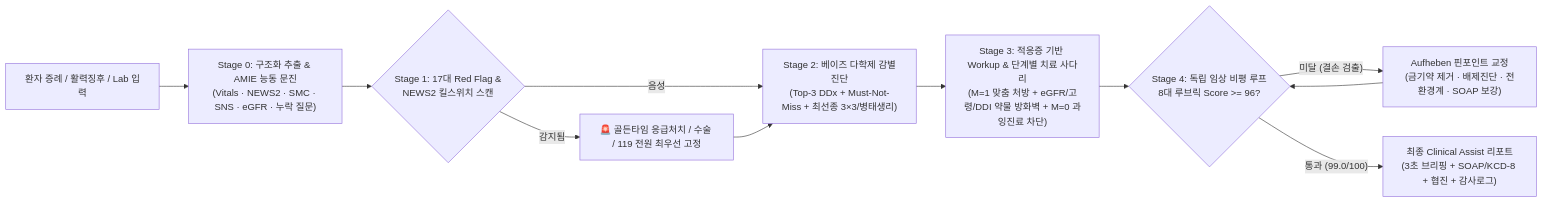
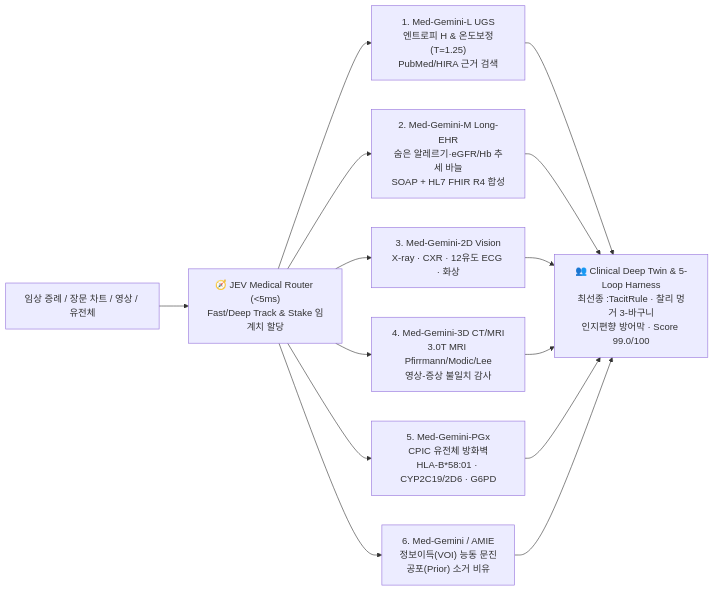
Before and after one commit to sunjongos/medi-gemini-skill: the diagram in README.md, drawn with Mermaid. The commit also changed other lines of this file and 8 other files, not shown here.

Commit message:
feat: upgrade to Medi-Gemini v6.0 (JEV Router x Deep Twin x 7-Capability Neurosymbolic Ontology)

````diff
--- a/README.md
+++ b/README.md
@@ -26,13 +26,11 @@
 ```mermaid
 flowchart LR
-    Input["환자 증례 / 활력징후 / Lab 입력"] --> S0["Stage 0: 구조화 추출 & AMIE 능동 문진<br/>(Vitals · NEWS2 · SMC · SNS · eGFR · 누락 질문)"]
-    S0 --> S1{"Stage 1: 17대 Red Flag &<br/>NEWS2 킬스위치 스캔"}
-    S1 -- "감지됨" --> Emer["🚨 골든타임 응급처치 / 수술 / 119 전원 최우선 고정"]
-    S1 -- "음성" --> S2["Stage 2: 베이즈 다학제 감별진단<br/>(Top-3 DDx + Must-Not-Miss + 최선종 3×3/병태생리)"]
-    Emer --> S2
-    S2 --> S3["Stage 3: 적응증 기반 Workup & 단계별 치료 사다리<br/>(M=1 맞춤 처방 + eGFR/고령/DDI 약물 방화벽 + M=0 과잉진료 차단)"]
-    S3 --> S4{"Stage 4: 독립 임상 비평 루프<br/>8대 루브릭 Score >= 96?"}
-    S4 -- "미달 (결손 검출)" --> Patch["Aufheben 핀포인트 교정<br/>(금기약 제거 · 배제진단 · 전환경계 · SOAP 보강)"]
-    Patch --> S4
-    S4 -- "통과 (99.0/100)" --> Out["최종 Clinical Assist 리포트<br/>(3초 브리핑 + SOAP/KCD-8 + 협진 + 감사로그)"]
+    In["임상 증례 / 장문 차트 / 영상 / 유전체"] --> JEV["🧭 JEV Medical Router (<5ms)<br/>Fast/Deep Track & Stake 임계치 할당"]
+    JEV --> C1["1. Med-Gemini-L UGS<br/>엔트로피 H & 온도보정(T=1.25)<br/>PubMed/HIRA 근거 검색"]
+    JEV --> C2["2. Med-Gemini-M Long-EHR<br/>숨은 알레르기·eGFR/Hb 추세 바늘<br/>SOAP + HL7 FHIR R4 합성"]
+    JEV --> C3["3. Med-Gemini-2D Vision<br/>X-ray · CXR · 12유도 ECG · 화상"]
+    JEV --> C4["4. Med-Gemini-3D CT/MRI<br/>3.0T MRI Pfirrmann/Modic/Lee<br/>영상-증상 불일치 감사"]
+    JEV --> C5["5. Med-Gemini-PGx<br/>CPIC 유전체 방화벽<br/>HLA-B*58:01 · CYP2C19/2D6 · G6PD"]
+    JEV --> C6["6. Med-Gemini / AMIE<br/>정보이득(VOI) 능동 문진<br/>공포(Prior) 소거 비유"]
+    C1 & C2 & C3 & C4 & C5 & C6 --> DT["👥 Clinical Deep Twin & 5-Loop Harness<br/>최선종 :TacitRule · 찰리 멍거 3-바구니<br/>인지편향 방어막 · Score 99.0/100"]
 ```
````
